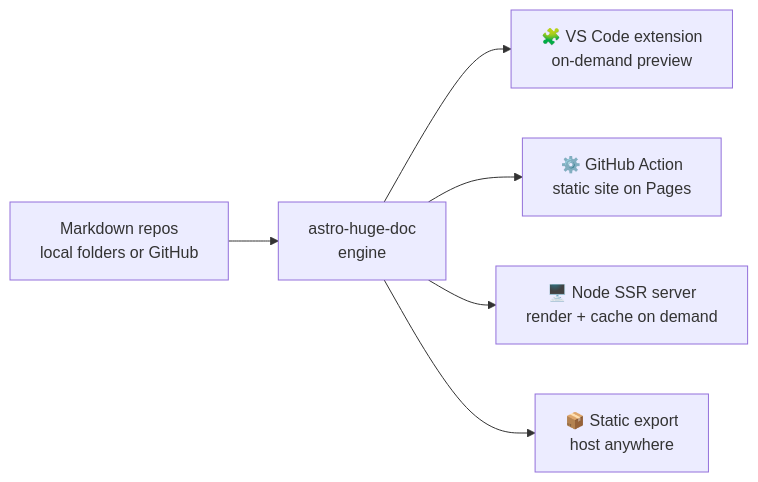
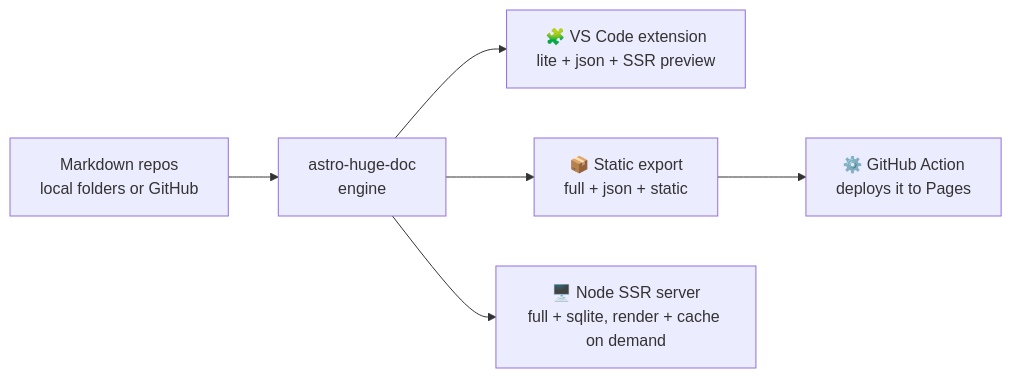
Before and after one commit to MicroWebStacks/astro-huge-doc: the diagram in readme.md, drawn with Mermaid. The commit also changed other lines of this file and 44 other files, not shown here.

````diff
--- a/readme.md
+++ b/readme.md
@@ -21,8 +20,8 @@
 ```mermaid
 flowchart LR
     A[Markdown repos<br/>local folders or GitHub] --> B[astro-huge-doc<br/>engine]
-    B --> C[🧩 VS Code extension<br/>on-demand preview]
-    B --> D[⚙️ GitHub Action<br/>static site on Pages]
-    B --> E[🖥️ Node SSR server<br/>render + cache on demand]
-    B --> F[📦 Static export<br/>host anywhere]
+    B --> C[🧩 VS Code extension<br/>lite + json + SSR preview]
+    B --> D[📦 Static export<br/>full + json + static]
+    D --> D2[⚙️ GitHub Action<br/>deploys it to Pages]
+    B --> E[🖥️ Node SSR server<br/>full + sqlite, render + cache on demand]
 ```
````
